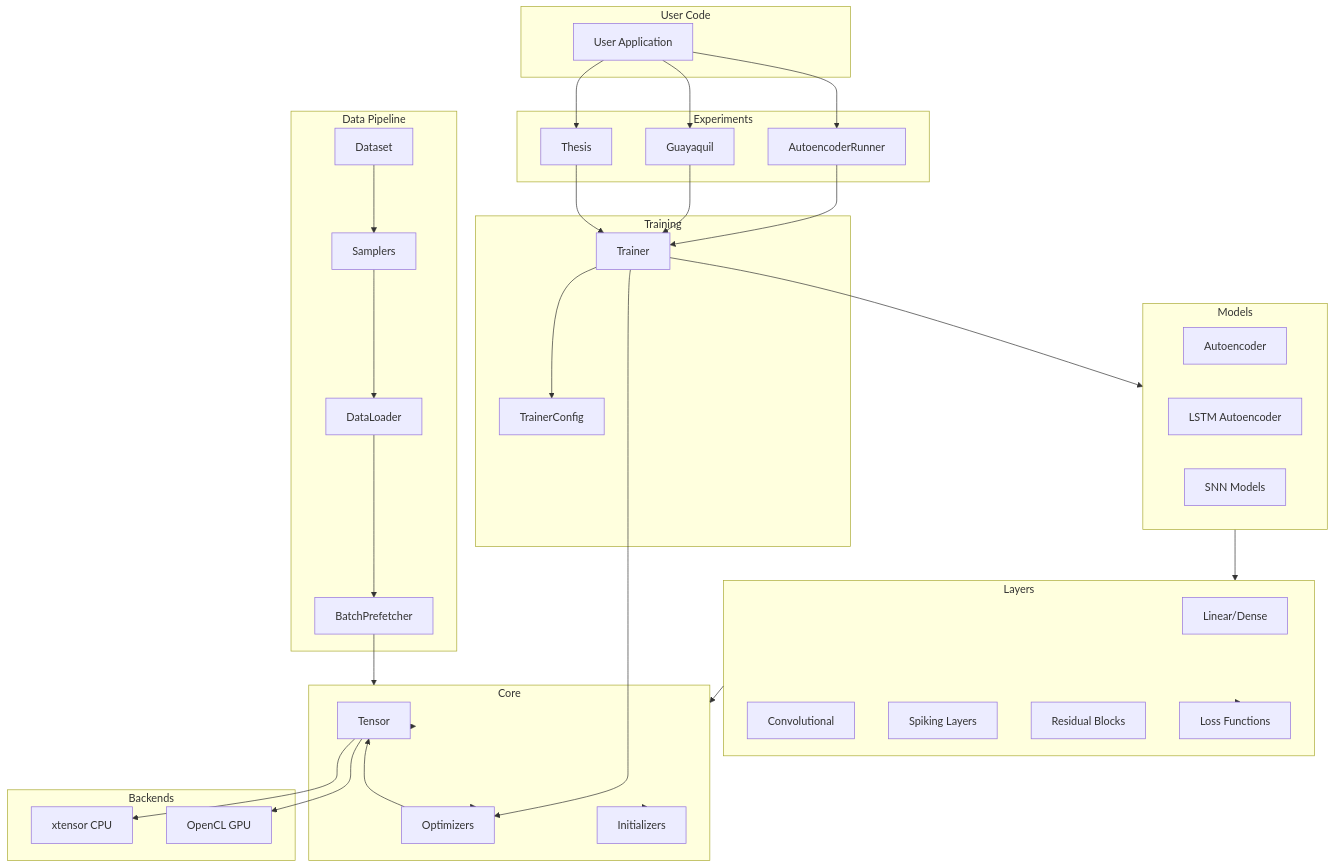
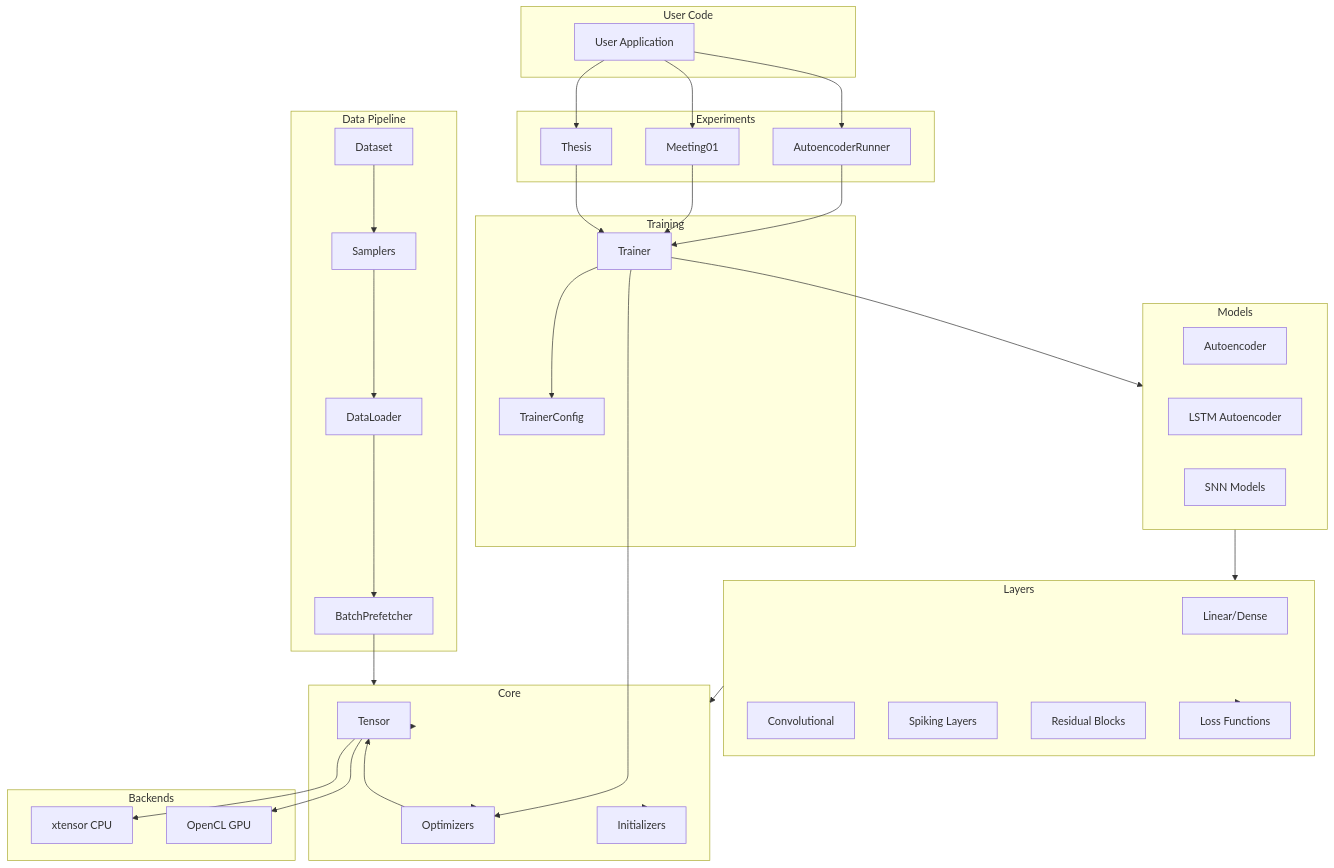
One commit to ensismoebius/doutorado changed the first of 3 diagrams in software/nn/.wiki/Architecture.md. Above: the diagram before and after it, drawn with Mermaid. The commit also changed other lines of this file and 186 other files, not shown here.

````diff
--- a/software/nn/.wiki/Architecture.md
+++ b/software/nn/.wiki/Architecture.md
@@ -17,78 +17,78 @@
 ```mermaid
 flowchart TB
     subgraph "User Code"
         User[User Application]
     end
 
     subgraph "Experiments"
         Exp03[AutoencoderRunner]
-        Exp04[Guayaquil]
+        Exp04[Meeting01]
         Exp05[Thesis]
     end
 
     subgraph "Training"
         Trainer[Trainer]
         Config[TrainerConfig]
     end
 
     subgraph "Models"
         AE[Autoencoder]
         LSTM[LSTM Autoencoder]
         SNN[SNN Models]
     end
 
     subgraph "Layers"
         Linear[Linear/Dense]
         Conv[Convolutional]
         Spiking[Spiking Layers]
         Residual[Residual Blocks]
         Loss[Loss Functions]
     end
 
     subgraph "Core"
         Tensor[Tensor]
         Optim[Optimizers]
         Init[Initializers]
     end
 
     subgraph "Data Pipeline"
         Dataset[Dataset]
         Sampler[Samplers]
         Loader[DataLoader]
         Prefetch[BatchPrefetcher]
     end
 
     subgraph "Backends"
         xtensor[xtensor CPU]
         OpenCL[OpenCL GPU]
     end
 
     User --> Exp03
     User --> Exp04
     User --> Exp05
 
     Exp03 --> Trainer
     Exp04 --> Trainer
     Exp05 --> Trainer
 
     Trainer --> Config
     Trainer --> Models
     Trainer --> Optim
 
     Models --> Layers
     Layers --> Core
     Layers --> Loss
 
     Core --> Tensor
     Core --> Optim
     Core --> Init
 
     Dataset --> Sampler
     Sampler --> Loader
     Loader --> Prefetch
     Prefetch --> Core
 
     Tensor --> xtensor
     Tensor --> OpenCL
     Optim --> Tensor
 ```
````
